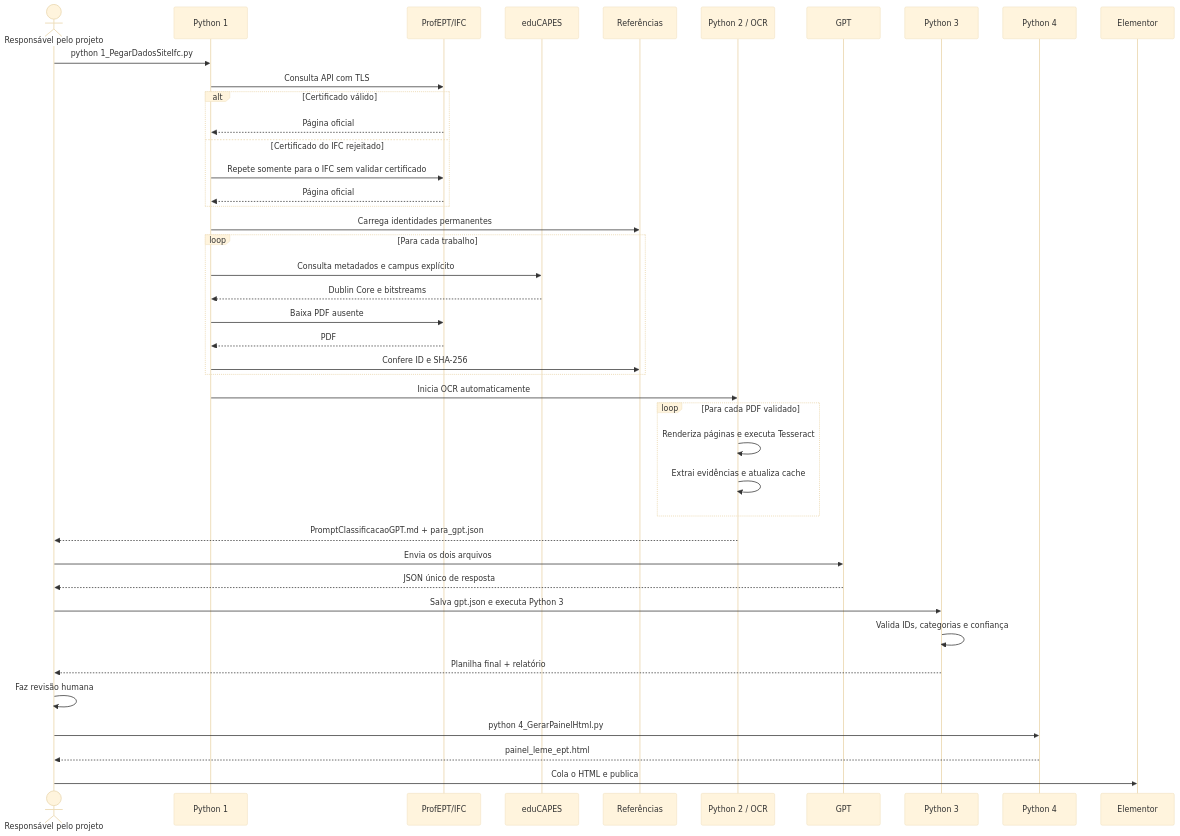
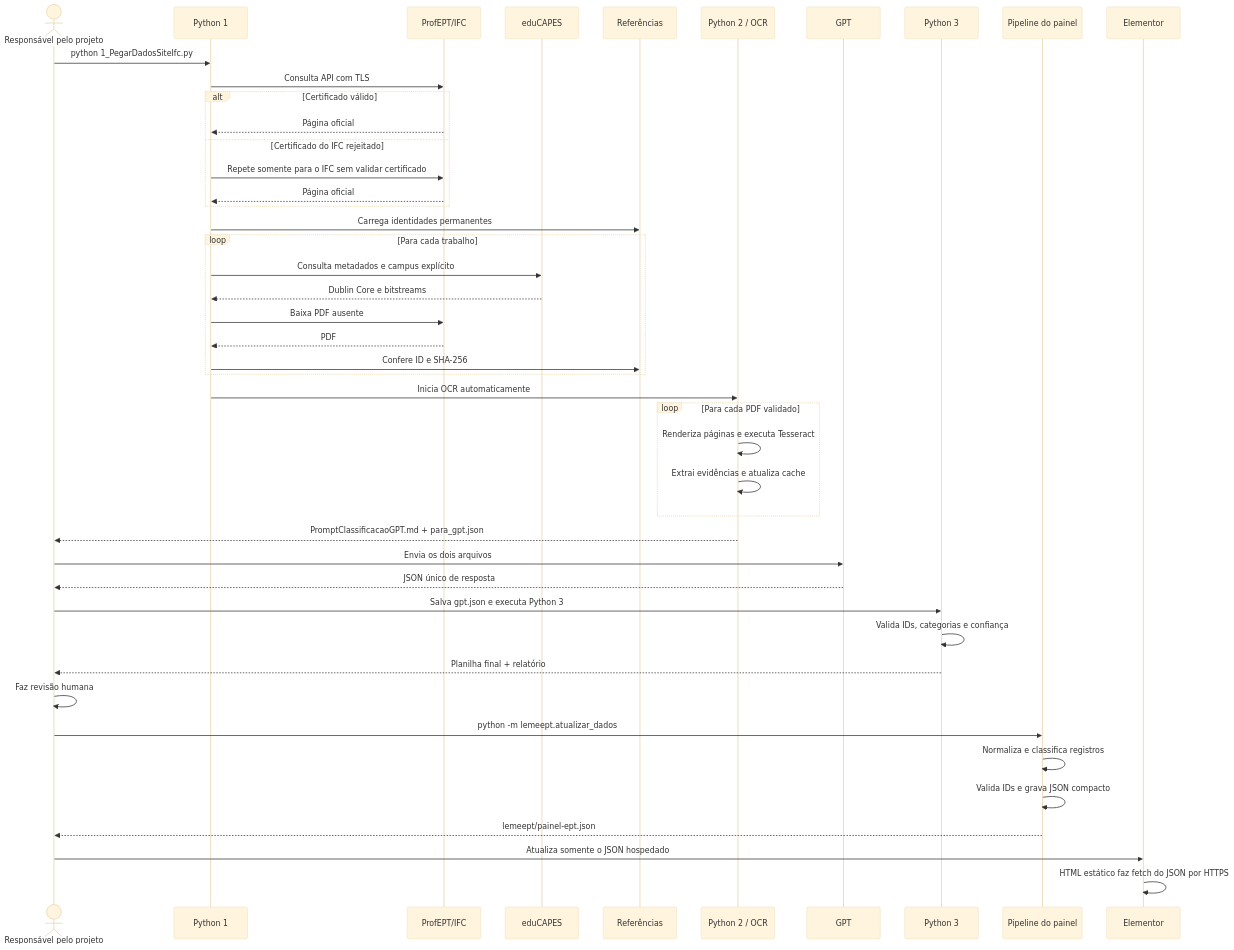
Before and after one commit to regi-lpf/lemeept: the fourth of 8 diagrams in DIAGRAMAS.md, drawn with Mermaid (base theme). The commit also changed other lines of this file and 15 other files, not shown here.

````diff
--- a/DIAGRAMAS.md
+++ b/DIAGRAMAS.md
@@ -246,45 +247,48 @@
 ```mermaid
 sequenceDiagram
     actor Pessoa as Responsável pelo projeto
     participant E1 as Python 1
     participant IFC as ProfEPT/IFC
     participant EDU as eduCAPES
     participant REF as Referências
     participant E2 as Python 2 / OCR
     participant GPT as GPT
     participant E3 as Python 3
-    participant E4 as Python 4
+    participant PIPE as Pipeline do painel
     participant WP as Elementor
 
     Pessoa->>E1: python 1_PegarDadosSiteIfc.py
     E1->>IFC: Consulta API com TLS
     alt Certificado válido
         IFC-->>E1: Página oficial
     else Certificado do IFC rejeitado
         E1->>IFC: Repete somente para o IFC sem validar certificado
         IFC-->>E1: Página oficial
     end
     E1->>REF: Carrega identidades permanentes
     loop Para cada trabalho
         E1->>EDU: Consulta metadados e campus explícito
         EDU-->>E1: Dublin Core e bitstreams
         E1->>IFC: Baixa PDF ausente
         IFC-->>E1: PDF
         E1->>REF: Confere ID e SHA-256
     end
     E1->>E2: Inicia OCR automaticamente
     loop Para cada PDF validado
         E2->>E2: Renderiza páginas e executa Tesseract
         E2->>E2: Extrai evidências e atualiza cache
     end
     E2-->>Pessoa: PromptClassificacaoGPT.md + para_gpt.json
     Pessoa->>GPT: Envia os dois arquivos
     GPT-->>Pessoa: JSON único de resposta
     Pessoa->>E3: Salva gpt.json e executa Python 3
     E3->>E3: Valida IDs, categorias e confiança
     E3-->>Pessoa: Planilha final + relatório
     Pessoa->>Pessoa: Faz revisão humana
-    Pessoa->>E4: python 4_GerarPainelHtml.py
-    E4-->>Pessoa: painel_leme_ept.html
-    Pessoa->>WP: Cola o HTML e publica
+    Pessoa->>PIPE: python -m lemeept.atualizar_dados
+    PIPE->>PIPE: Normaliza e classifica registros
+    PIPE->>PIPE: Valida IDs e grava JSON compacto
+    PIPE-->>Pessoa: lemeept/painel-ept.json
+    Pessoa->>WP: Atualiza somente o JSON hospedado
+    WP->>WP: HTML estático faz fetch do JSON por HTTPS
 ```
````
